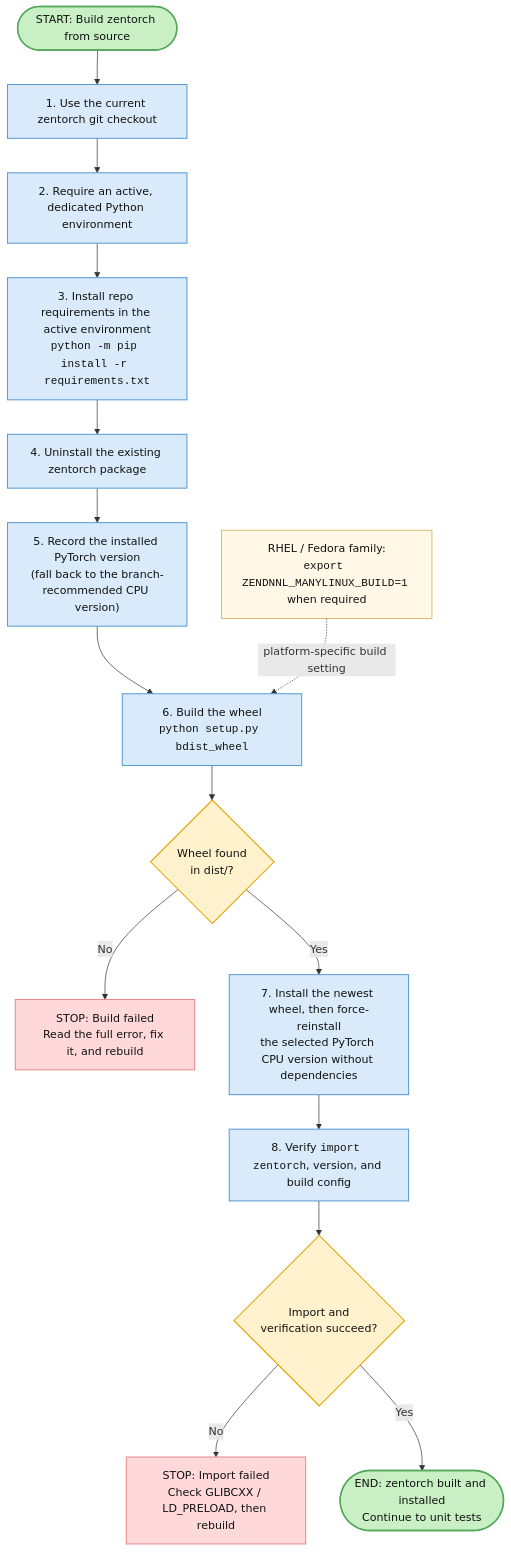
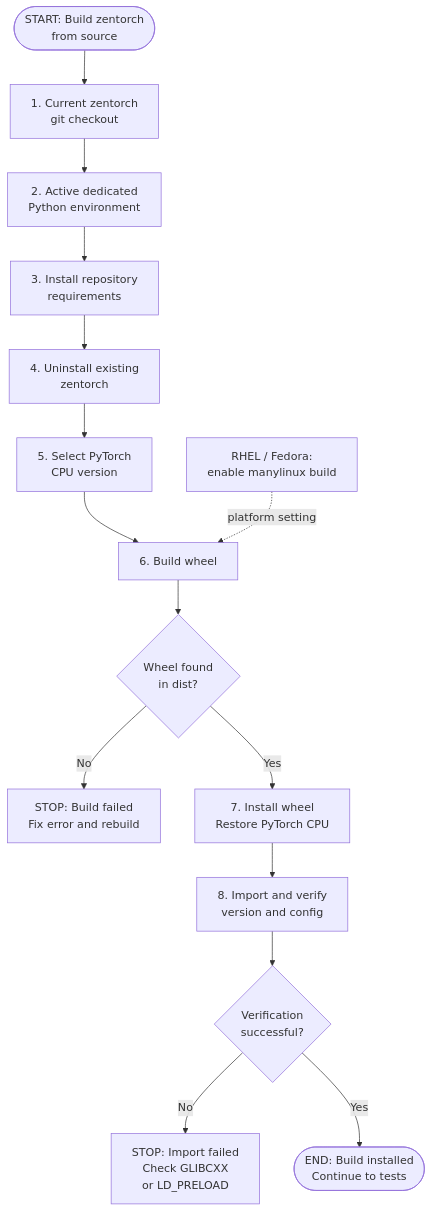
Before and after one commit to amd/ZenDNN-pytorch-plugin: the diagram in .claude/skills/build-zentorch-from-source/zentorch-build-flow.md, drawn with Mermaid. The commit also changed other lines of this file and 1 other file, not shown here.

Commit message:
[ZENTORCH CORE] Fix Mermaid flowchart labels

````diff
--- a/.claude/skills/build-zentorch-from-source/zentorch-build-flow.md
+++ b/.claude/skills/build-zentorch-from-source/zentorch-build-flow.md
@@ -7,37 +19,25 @@
 ```mermaid
 flowchart TD
-    start([START: Build zentorch from source])
-    checkout["1. Use the current zentorch git checkout"]
-    env["2. Require an active, dedicated Python environment"]
-    requirements["3. Install repo requirements in the active environment<br/><code>python -m pip install -r requirements.txt</code>"]
-    uninstall["4. Uninstall the existing zentorch package"]
-    torch["5. Record the installed PyTorch version<br/>(fall back to the branch-recommended CPU version)"]
-    build["6. Build the wheel<br/><code>python setup.py bdist_wheel</code>"]
-    rhel["RHEL / Fedora family:<br/><code>export ZENDNNL_MANYLINUX_BUILD=1</code> when required"]
-    wheel{"Wheel found<br/>in dist/?"}
-    buildFail["STOP: Build failed<br/>Read the full error, fix it, and rebuild"]
-    install["7. Install the newest wheel, then force-reinstall<br/>the selected PyTorch CPU version without dependencies"]
-    verify["8. Verify <code>import zentorch</code>, version, and build config"]
-    imports{"Import and<br/>verification succeed?"}
-    importFail["STOP: Import failed<br/>Check GLIBCXX / LD_PRELOAD, then rebuild"]
-    done([END: zentorch built and installed<br/>Continue to unit tests])
+    start(["START: Build zentorch<br/>from source"])
+    checkout["1. Current zentorch<br/>git checkout"]
+    env["2. Active dedicated<br/>Python environment"]
+    requirements["3. Install repository<br/>requirements"]
+    uninstall["4. Uninstall existing<br/>zentorch"]
+    torch["5. Select PyTorch<br/>CPU version"]
+    build["6. Build wheel"]
+    rhel["RHEL / Fedora:<br/>enable manylinux build"]
+    wheel{"Wheel found<br/>in dist?"}
+    buildFail["STOP: Build failed<br/>Fix error and rebuild"]
+    install["7. Install wheel<br/>Restore PyTorch CPU"]
+    verify["8. Import and verify<br/>version and config"]
+    imports{"Verification<br/>successful?"}
+    importFail["STOP: Import failed<br/>Check GLIBCXX<br/>or LD_PRELOAD"]
+    done(["END: Build installed<br/>Continue to tests"])
 
     start --> checkout --> env --> requirements --> uninstall --> torch --> build --> wheel
-    rhel -. platform-specific build setting .-> build
+    rhel -. platform setting .-> build
     wheel -- No --> buildFail
     wheel -- Yes --> install --> verify --> imports
     imports -- No --> importFail
     imports -- Yes --> done
-
-    classDef terminal fill:#c9efc5,stroke:#55a75a,stroke-width:2px,color:#111;
-    classDef action fill:#d9ebfa,stroke:#5b9bd5,stroke-width:1.5px,color:#111;
-    classDef decision fill:#fff2cc,stroke:#e5a100,stroke-width:1.5px,color:#111;
-    classDef stop fill:#ffd9d9,stroke:#e58c8c,stroke-width:1.5px,color:#111;
-    classDef note fill:#fff8e7,stroke:#d6b656,stroke-width:1.25px,color:#111;
-
-    class start,done terminal;
-    class checkout,env,requirements,uninstall,torch,build,install,verify action;
-    class wheel,imports decision;
-    class buildFail,importFail stop;
-    class rhel note;
 ```
````
